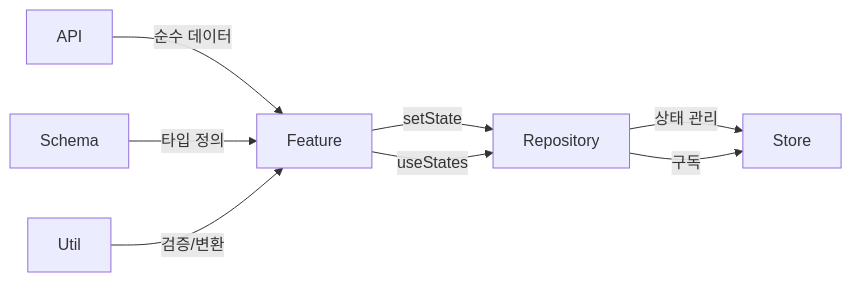
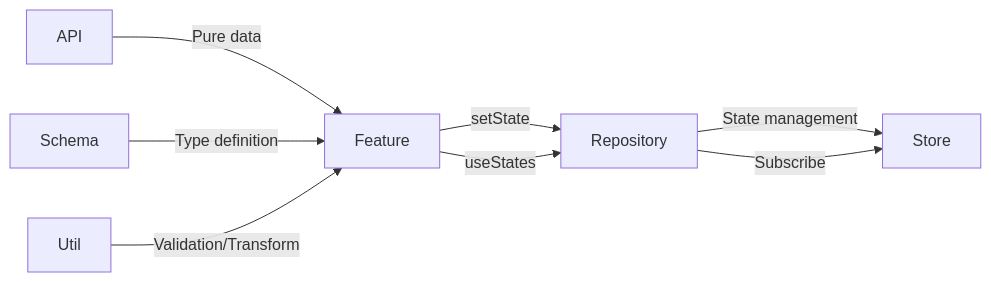
The third of 3 diagrams in fsd-nextjs-pattern/README.md (puretension/software-architecture-pattern), drawn with Mermaid before and after one commit. The commit also changed other lines of this file and 8 other files, not shown here.

````diff
--- a/fsd-nextjs-pattern/README.md
+++ b/fsd-nextjs-pattern/README.md
@@ -92,10 +92,10 @@
 ```mermaid
 graph LR
-    A[API] -->|순수 데이터| B[Feature]
-    C[Schema] -->|타입 정의| B
-    D[Util] -->|검증/변환| B
+    A[API] -->|Pure data| B[Feature]
+    C[Schema] -->|Type definition| B
+    D[Util] -->|Validation/Transform| B
     B -->|setState| E[Repository]
-    E -->|상태 관리| F[Store]
+    E -->|State management| F[Store]
     B -->|useStates| E
-    E -->|구독| F
+    E -->|Subscribe| F
 ```
````
